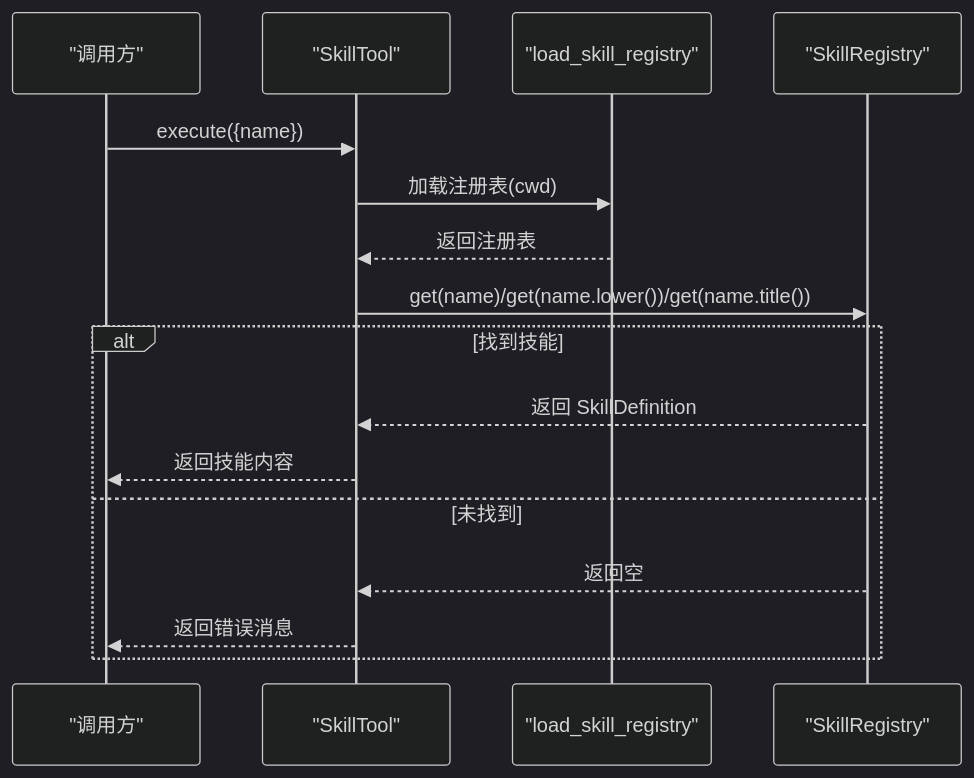
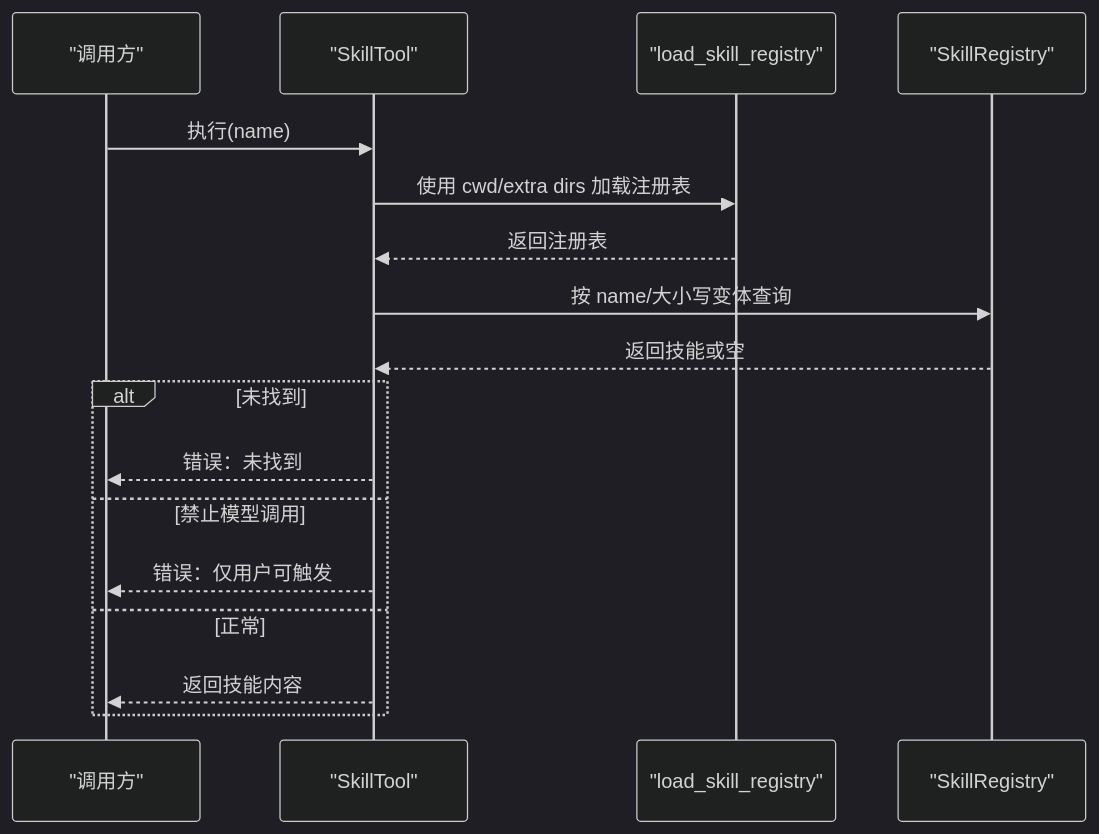
One commit to haolange/OpenHarness changed the fifth of 6 diagrams in .qoder/repowiki/zh/content/技能系统/技能系统.md. Above: the diagram before and after it, drawn with Mermaid (dark theme). The commit also changed other lines of this file and 222 other files, not shown here.

````diff
--- a/.qoder/repowiki/zh/content/技能系统/技能系统.md
+++ b/.qoder/repowiki/zh/content/技能系统/技能系统.md
@@ -182,18 +198,19 @@
 ```mermaid
 sequenceDiagram
 participant Caller as "调用方"
 participant ST as "SkillTool"
-participant LR as "load_skill_registry"
-participant REG as "SkillRegistry"
-Caller->>ST : execute({name})
-ST->>LR : 加载注册表(cwd)
-LR-->>ST : 返回注册表
-ST->>REG : get(name)/get(name.lower())/get(name.title())
-alt 找到技能
-REG-->>ST : 返回 SkillDefinition
+participant Loader as "load_skill_registry"
+participant Reg as "SkillRegistry"
+Caller->>ST : 执行(name)
+ST->>Loader : 使用 cwd/extra dirs 加载注册表
+Loader-->>ST : 返回注册表
+ST->>Reg : 按 name/大小写变体查询
+Reg-->>ST : 返回技能或空
+alt 未找到
+ST-->>Caller : 错误：未找到
+else 禁止模型调用
+ST-->>Caller : 错误：仅用户可触发
+else 正常
 ST-->>Caller : 返回技能内容
-else 未找到
-REG-->>ST : 返回空
-ST-->>Caller : 返回错误消息
 end
 ```
````
